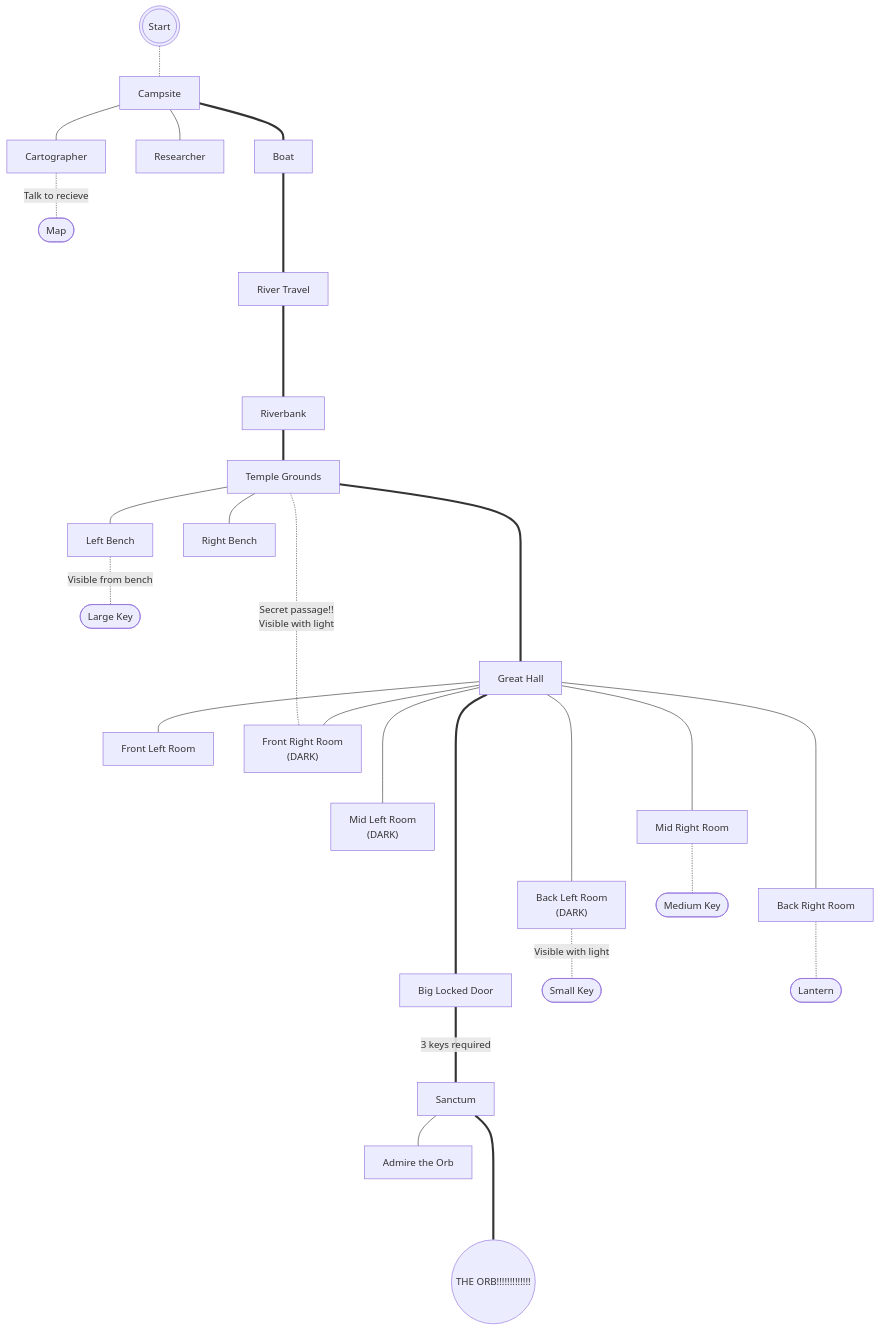
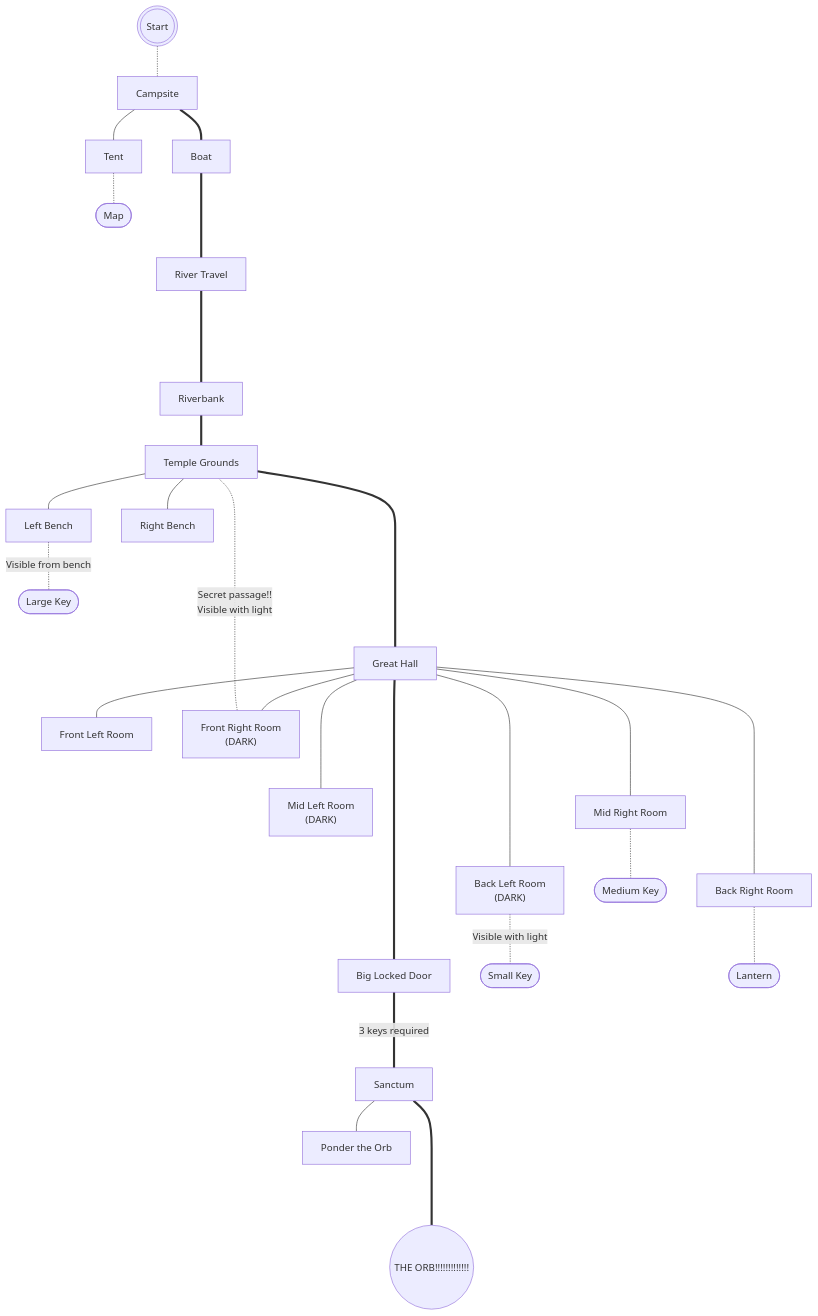
The diagram in projects/game/README.md (UnPolloLoco/UnPolloLoco.github.io), drawn with Mermaid before and after one commit. The commit also changed 2 other files, not shown here.

Commit message:
Revised lore + introduction

````diff
--- a/projects/game/README.md
+++ b/projects/game/README.md
@@ -13,37 +13,37 @@
 ```mermaid
 graph TD;
     s(((Start))) -.- Campsite
-    Campsite --- cart[Cartographer] & sci[Researcher]
-    cart -.-|Talk to recieve| mnc(["Map"])
+    Campsite --- Tent
+    Tent -.- mnc(["Map"])
     Campsite === Boat
     Boat ==== river["River Travel"]
     river =====  Riverbank
     Riverbank === grounds["Temple Grounds"]
     grounds --- lb["Left Bench"] & rb["Right Bench"]
     lb -.-|Visible from bench| large(["Large Key"])
     grounds ===== hall["Great Hall"]
 
 
     hall ====== door["Big Locked Door"]
     hall --- fl["Front Left Room"]
     hall ---- ml["Mid Left Room
                   (DARK)"]
     hall ----- bl["Back Left Room 
                   (DARK)"]
     hall --- fr["Front Right Room
                  (DARK)"]
     hall ---- mr["Mid Right Room"]
     hall ----- br["Back Right Room"]
 
 
     fr -.-|Secret passage!!
            Visible with light| grounds
     bl -.-|Visible with light| small(["Small Key"])
     mr -.- medium(["Medium Key"])
     br -.- lant([Lantern])
 
 
     door ====|3 keys required| Sanctum
-    Sanctum --- admire["Admire the Orb"]
+    Sanctum --- admire["Ponder the Orb"]
     Sanctum ===== orb(("THE ORB!!!!!!!!!!!!!"))
 ```
````
